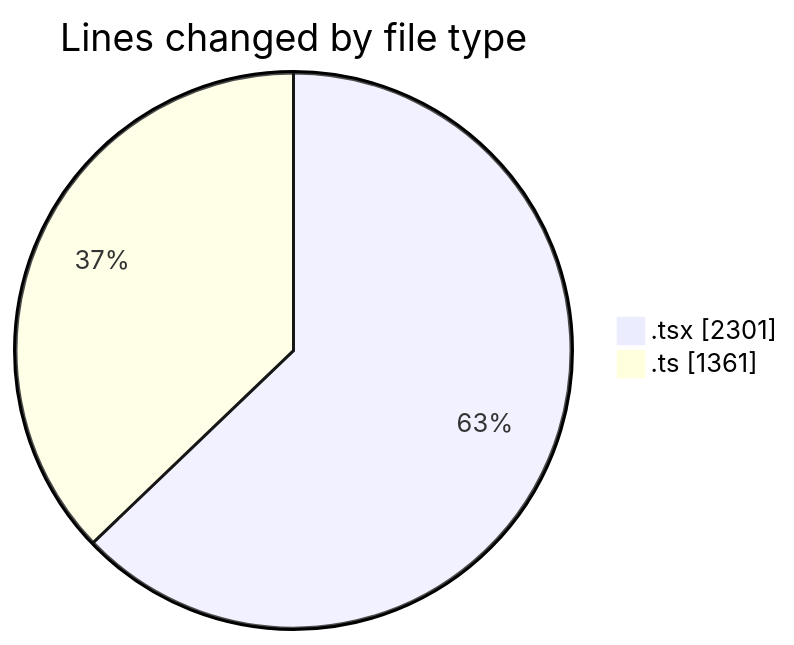
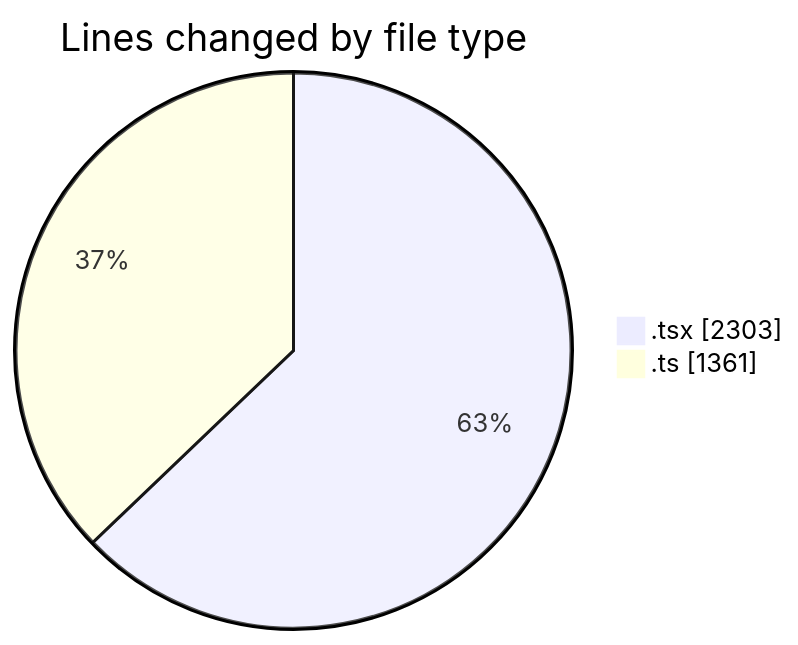
The first of 2 diagrams in 2026-03-06/nxtqube_webapp/README.md (nxtqubesakshisongat/code-tracking), drawn with Mermaid before and after one commit. The commit also changed other lines of this file and 1 other file, not shown here.

````diff
--- a/2026-03-06/nxtqube_webapp/README.md
+++ b/2026-03-06/nxtqube_webapp/README.md
@@ -29,6 +29,6 @@
 ```mermaid
 pie showData
 title Lines changed by file type
-".tsx" : 2301
+".tsx" : 2303
 ".ts" : 1361
 ```
````
